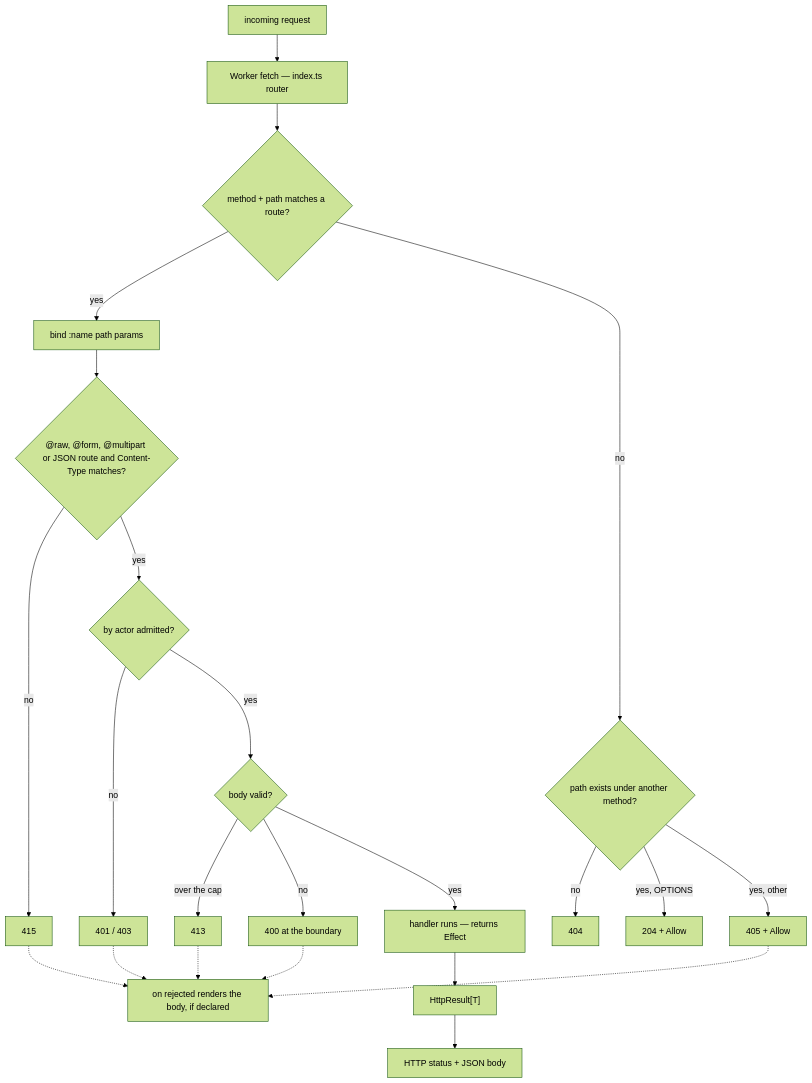
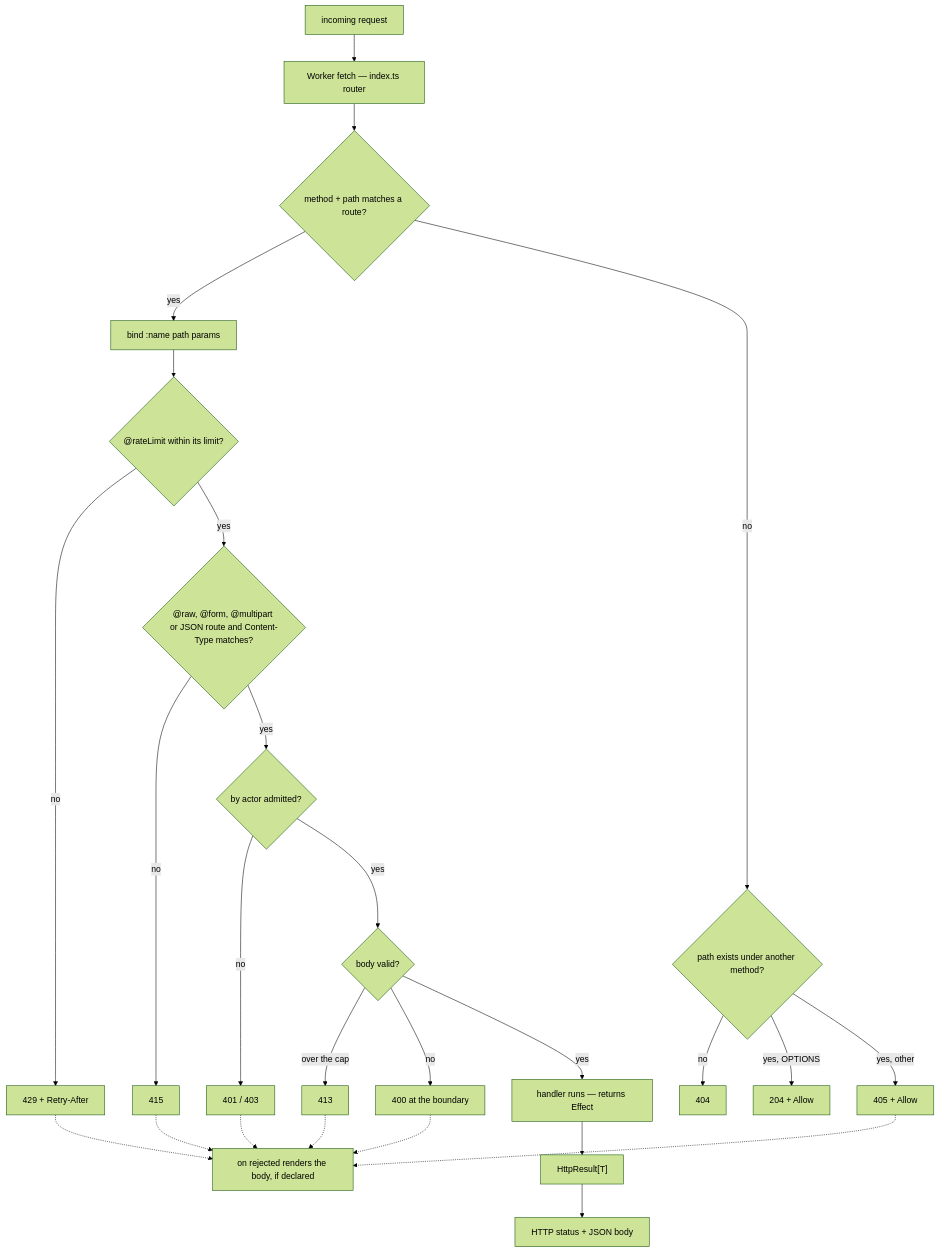
The diagram in site/src/content/docs/reference/http.md (bynk-lang/bynk), drawn with Mermaid (forest theme) before and after one commit. The commit also changed other lines of this file and 82 other files, not shown here.

First line of the commit message:
A route's @rateLimit(Limiter, key: clientIp) is asked before its body is read (#3926)

````diff
--- a/site/src/content/docs/reference/http.md
+++ b/site/src/content/docs/reference/http.md
@@ -1961,25 +2005,28 @@
 ```mermaid
 flowchart TD
   req["incoming request"] --> router["Worker fetch — index.ts router"]
   router --> match{"method + path matches a route?"}
   match -->|yes| params["bind :name path params"]
   match -->|no| known{"path exists under another method?"}
   known -->|no| nf["404"]
   known -->|yes, OPTIONS| opt["204 + Allow"]
   known -->|yes, other| m405["405 + Allow"]
-  params --> ctype{"@raw, @form, @multipart or JSON route and Content-Type matches?"}
+  params --> rl{"@rateLimit within its limit?"}
+  rl -->|no| m429["429 + Retry-After"]
+  rl -->|yes| ctype{"@raw, @form, @multipart or JSON route and Content-Type matches?"}
   ctype -->|no| m415["415"]
   ctype -->|yes| actor{"by actor admitted?"}
   actor -->|no| m401["401 / 403"]
   actor -->|yes| body{"body valid?"}
   body -->|over the cap| m413["413"]
   body -->|no| bad["400 at the boundary"]
   m401 -.-> hook
   m405 -.-> hook["on rejected renders the body, if declared"]
   m415 -.-> hook
+  m429 -.-> hook
   m413 -.-> hook
   bad -.-> hook
   body -->|yes| handler["handler runs — returns Effect"]
   handler --> result["HttpResult[T]"]
   result --> status["HTTP status + JSON body"]
 ```
````
